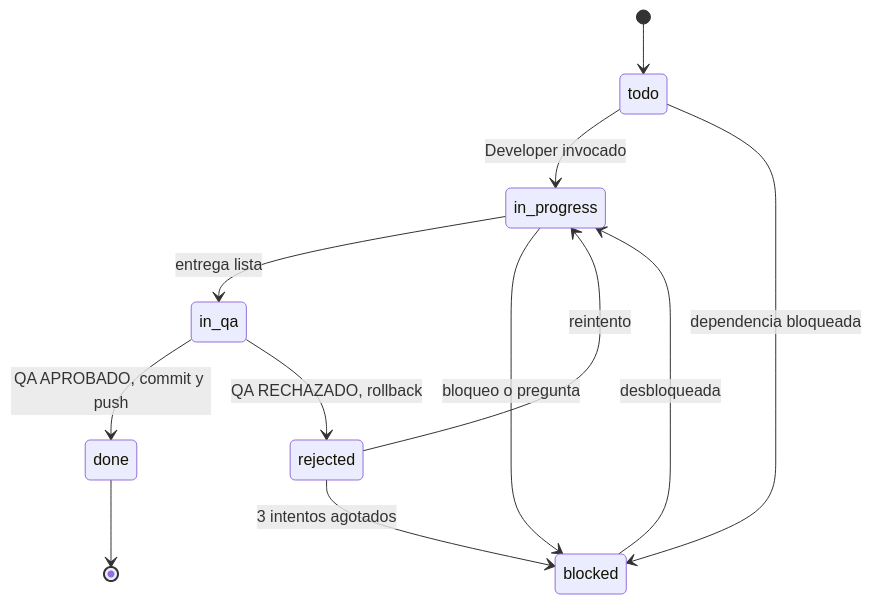
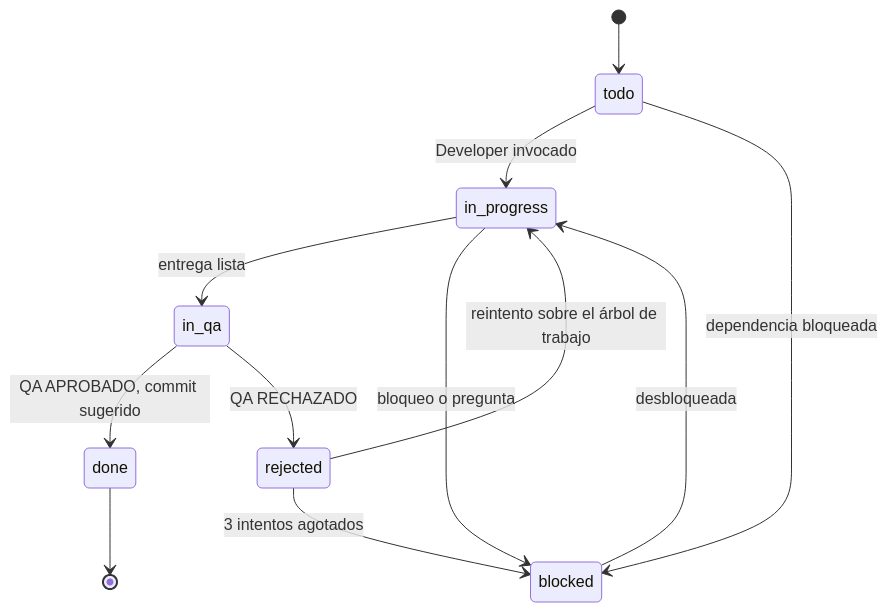
One commit to JordiTurell/GrangesAndreu changed the fifth of 11 diagrams in flujo-agents.md. Above: the diagram before and after it, drawn with Mermaid. The commit also changed other lines of this file and 13 other files, not shown here.

````diff
--- a/flujo-agents.md
+++ b/flujo-agents.md
@@ -127,14 +124,14 @@
 ```mermaid
 stateDiagram-v2
     [*] --> todo
     todo --> in_progress: Developer invocado
     todo --> blocked: dependencia bloqueada
     in_progress --> in_qa: entrega lista
     in_progress --> blocked: bloqueo o pregunta
-    in_qa --> done: QA APROBADO, commit y push
-    in_qa --> rejected: QA RECHAZADO, rollback
-    rejected --> in_progress: reintento
+    in_qa --> done: QA APROBADO, commit sugerido
+    in_qa --> rejected: QA RECHAZADO
+    rejected --> in_progress: reintento sobre el árbol de trabajo
     rejected --> blocked: 3 intentos agotados
     blocked --> in_progress: desbloqueada
     done --> [*]
 ```
````
